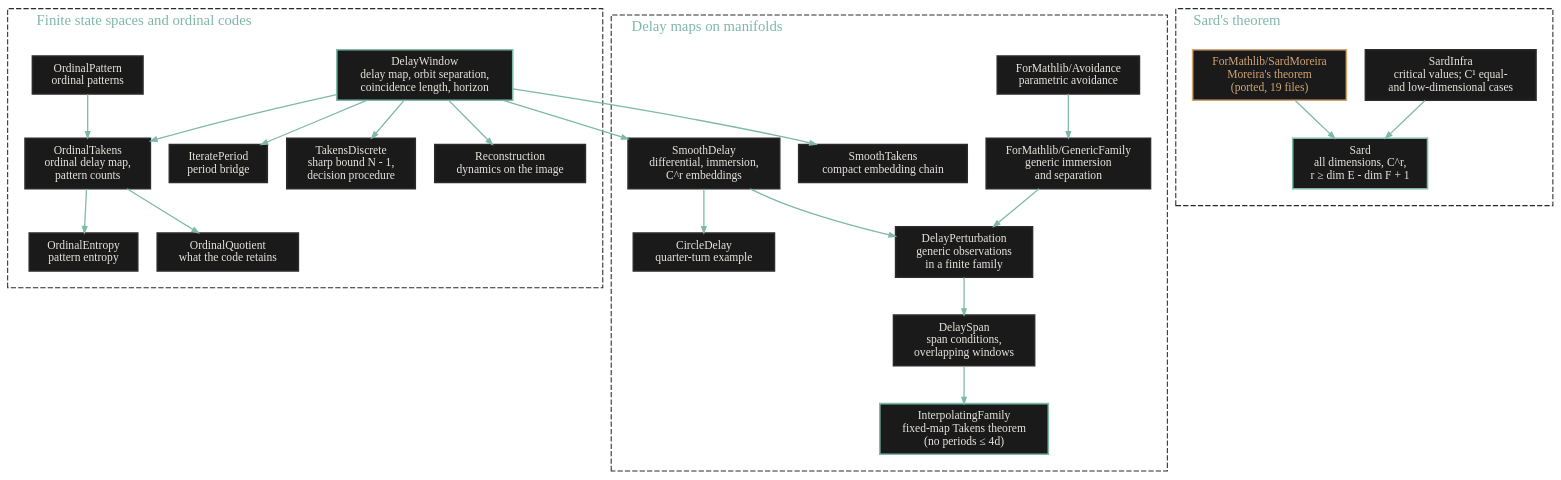
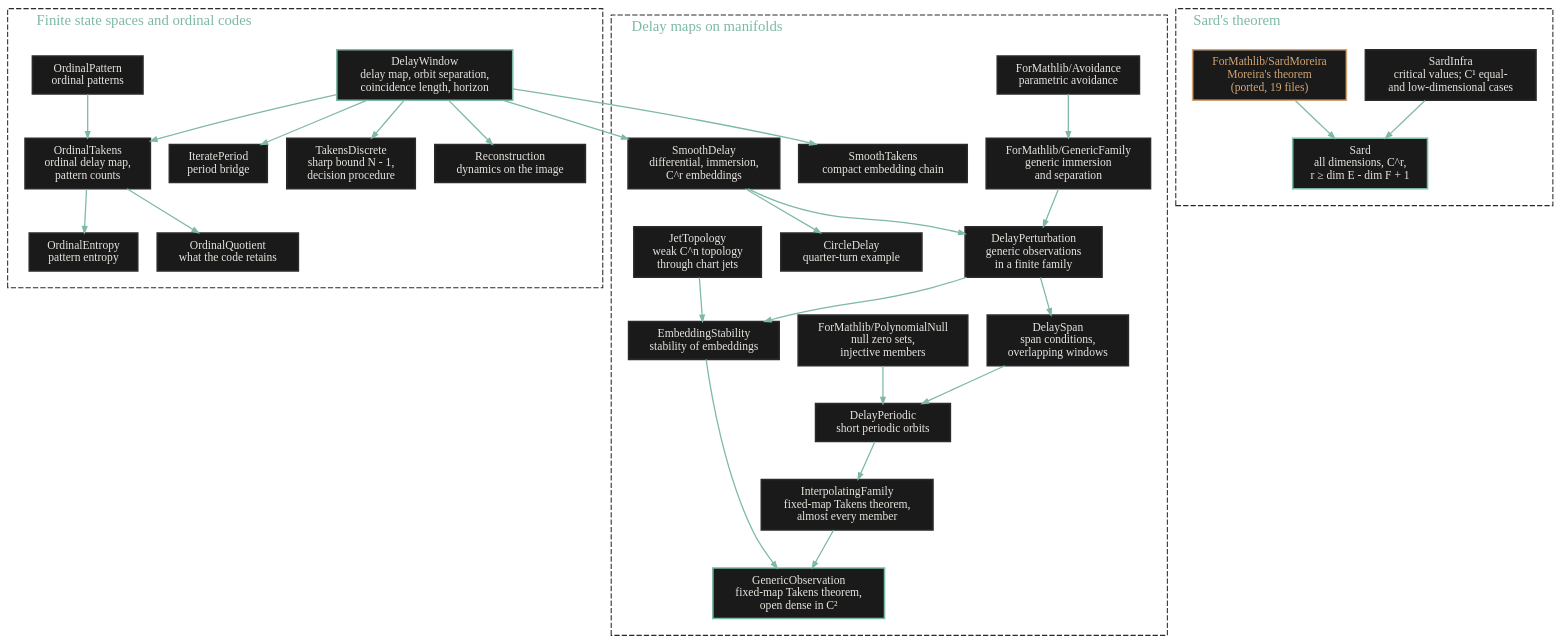
The diagram in docs/assets/proof-architecture.dot (Project-Navi/takens-formalization), drawn with Graphviz before and after one commit. The commit also changed 13 other files, not shown here.

First line of the commit message:
docs: Takens' theorem for a fixed map in the C² topology; remaining obligations

```diff
--- a/docs/assets/proof-architecture.dot
+++ b/docs/assets/proof-architecture.dot
@@ -1,91 +1,102 @@
 digraph proof_architecture {
   rankdir=TB
   bgcolor="transparent"
   newrank=true
   node [fontname="DM Sans" fontsize=11 style=filled fillcolor="#1a1a1a"
         fontcolor="#e8e4de" color="#2a2a2a" shape=box margin="0.15,0.08"
         penwidth=1.5]
   edge [color="#7eb8a8" arrowsize=0.6 penwidth=1.2]
 
   subgraph cluster_finite {
     label="Finite state spaces and ordinal codes"
     labeljust=l
     fontname="Fraunces"
     fontsize=14
     fontcolor="#7eb8a8"
     color="#2a2a2a"
     style=dashed
     margin=16
 
     DelayWindow [label="DelayWindow\ndelay map, orbit separation,\ncoincidence length, horizon"
                  color="#7eb8a8"]
     IteratePeriod [label="IteratePeriod\nperiod bridge"]
     TakensDiscrete [label="TakensDiscrete\nsharp bound N - 1,\ndecision procedure"]
     Reconstruction [label="Reconstruction\ndynamics on the image"]
     OrdinalPattern [label="OrdinalPattern\nordinal patterns"]
     OrdinalTakens [label="OrdinalTakens\nordinal delay map,\npattern counts"]
     OrdinalEntropy [label="OrdinalEntropy\npattern entropy"]
     OrdinalQuotient [label="OrdinalQuotient\nwhat the code retains"]
   }
 
   subgraph cluster_sard {
     label="Sard's theorem"
     labeljust=l
     fontname="Fraunces"
     fontsize=14
     fontcolor="#7eb8a8"
     color="#2a2a2a"
     style=dashed
     margin=16
 
     SardInfra [label="SardInfra\ncritical values; C¹ equal-\nand low-dimensional cases"]
     SardMoreira [label="ForMathlib/SardMoreira\nMoreira's theorem\n(ported, 19 files)"
                  color="#d4a574" fontcolor="#d4a574"]
     Sard [label="Sard\nall dimensions, C^r,\nr ≥ dim E - dim F + 1"
           color="#7eb8a8"]
   }
 
   subgraph cluster_smooth {
     label="Delay maps on manifolds"
     labeljust=l
     fontname="Fraunces"
     fontsize=14
     fontcolor="#7eb8a8"
     color="#2a2a2a"
     style=dashed
     margin=16
 
     SmoothTakens [label="SmoothTakens\ncompact embedding chain"]
     SmoothDelay [label="SmoothDelay\ndifferential, immersion,\nC^r embeddings"]
     CircleDelay [label="CircleDelay\nquarter-turn example"]
     Avoidance [label="ForMathlib/Avoidance\nparametric avoidance"]
     GenericFamily [label="ForMathlib/GenericFamily\ngeneric immersion\nand separation"]
     DelayPerturbation [label="DelayPerturbation\ngeneric observations\nin a finite family"]
     DelaySpan [label="DelaySpan\nspan conditions,\noverlapping windows"]
-    InterpolatingFamily [label="InterpolatingFamily\nfixed-map Takens theorem\n(no periods ≤ 4d)"
-                         color="#7eb8a8"]
+    PolynomialNull [label="ForMathlib/PolynomialNull\nnull zero sets,\ninjective members"]
+    DelayPeriodic [label="DelayPeriodic\nshort periodic orbits"]
+    InterpolatingFamily [label="InterpolatingFamily\nfixed-map Takens theorem,\nalmost every member"]
+    JetTopology [label="JetTopology\nweak C^n topology\nthrough chart jets"]
+    EmbeddingStability [label="EmbeddingStability\nstability of embeddings"]
+    GenericObservation [label="GenericObservation\nfixed-map Takens theorem,\nopen dense in C²"
+                        color="#7eb8a8"]
   }
 
   DelayWindow -> IteratePeriod
   DelayWindow -> TakensDiscrete
   DelayWindow -> Reconstruction
   DelayWindow -> OrdinalTakens
   OrdinalPattern -> OrdinalTakens
   OrdinalTakens -> OrdinalEntropy
   OrdinalTakens -> OrdinalQuotient
 
   SardInfra -> Sard
   SardMoreira -> Sard
 
   DelayWindow -> SmoothTakens
   DelayWindow -> SmoothDelay
   SmoothDelay -> CircleDelay
   SmoothDelay -> DelayPerturbation
   Avoidance -> GenericFamily
   GenericFamily -> DelayPerturbation
   DelayPerturbation -> DelaySpan
-  DelaySpan -> InterpolatingFamily
+  DelaySpan -> DelayPeriodic
+  PolynomialNull -> DelayPeriodic
+  DelayPeriodic -> InterpolatingFamily
+  DelayPerturbation -> EmbeddingStability
+  JetTopology -> EmbeddingStability
+  EmbeddingStability -> GenericObservation
+  InterpolatingFamily -> GenericObservation
 
   { rank=same; IteratePeriod; TakensDiscrete; Reconstruction; OrdinalTakens; SmoothTakens;
     SmoothDelay; GenericFamily; Sard }
 }
```
